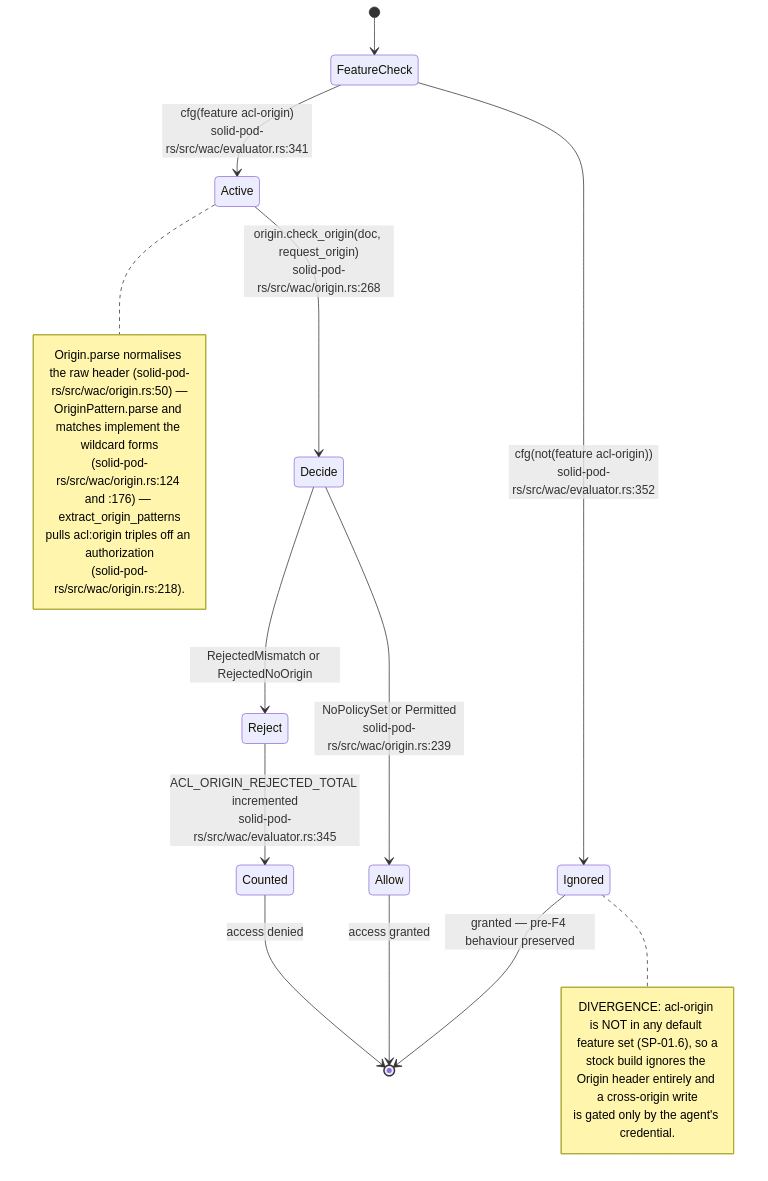
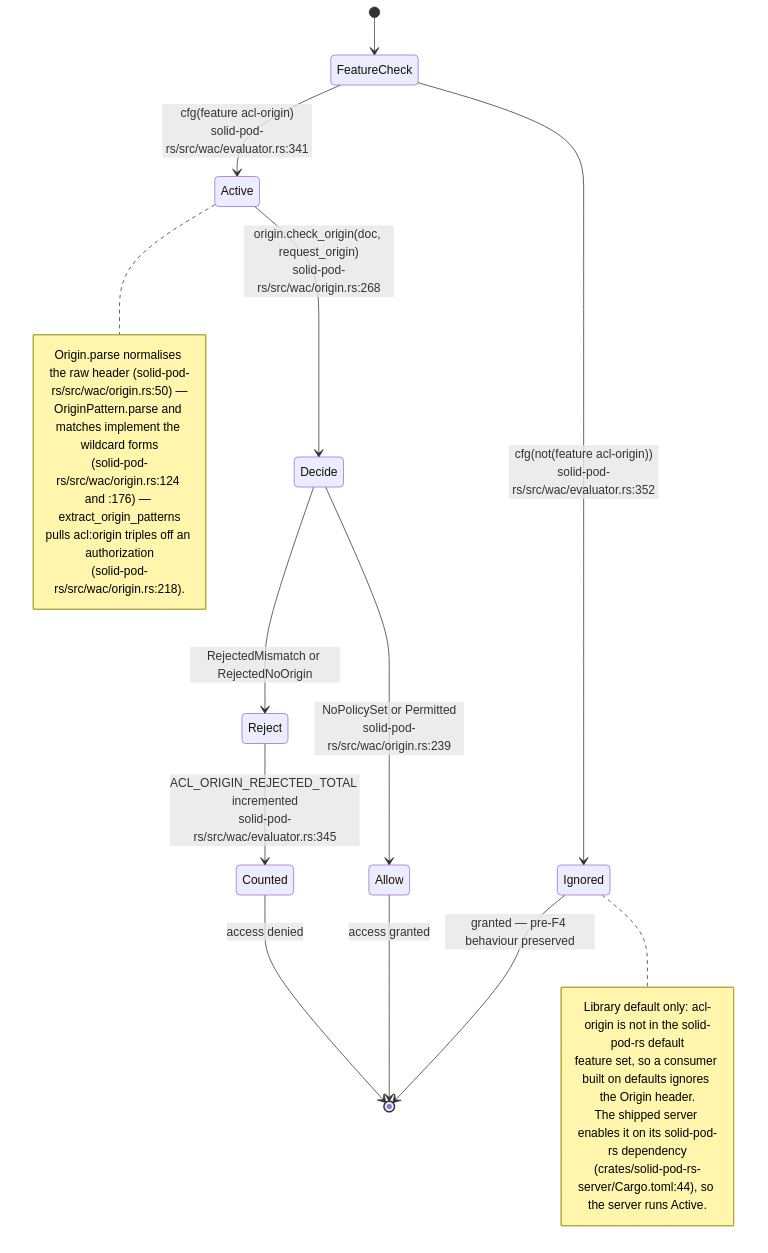
Before and after one commit to DreamLab-AI/VisionFlow: the eighth of 13 diagrams in docs/diagrams/solid-pod-rs/04-wac-authorisation.md, drawn with Mermaid. The commit also changed other lines of this file and 47 other files, not shown here.

````diff
--- a/docs/diagrams/solid-pod-rs/04-wac-authorisation.md
+++ b/docs/diagrams/solid-pod-rs/04-wac-authorisation.md
@@ -263,27 +281,28 @@
 ```mermaid
 stateDiagram-v2
     [*] --> FeatureCheck
     FeatureCheck --> Ignored: cfg(not(feature acl-origin))<br/>solid-pod-rs/src/wac/evaluator.rs:352
     FeatureCheck --> Active: cfg(feature acl-origin)<br/>solid-pod-rs/src/wac/evaluator.rs:341
 
     Active --> Decide: origin.check_origin(doc, request_origin)<br/>solid-pod-rs/src/wac/origin.rs:268
     Decide --> Allow: NoPolicySet or Permitted<br/>solid-pod-rs/src/wac/origin.rs:239
     Decide --> Reject: RejectedMismatch or RejectedNoOrigin
     Reject --> Counted: ACL_ORIGIN_REJECTED_TOTAL incremented<br/>solid-pod-rs/src/wac/evaluator.rs:345
     Counted --> [*]: access denied
     Allow --> [*]: access granted
     Ignored --> [*]: granted — pre-F4 behaviour preserved
 
     note right of Active
       Origin.parse normalises the raw header (solid-pod-rs/src/wac/origin.rs:50) —
       OriginPattern.parse and matches implement the wildcard forms
       (solid-pod-rs/src/wac/origin.rs:124 and :176) — extract_origin_patterns
       pulls acl:origin triples off an authorization
       (solid-pod-rs/src/wac/origin.rs:218).
     end note
     note right of Ignored
-      DIVERGENCE: acl-origin is NOT in any default feature set (SP-01.6), so a
-      stock build ignores the Origin header entirely and a cross-origin write
-      is gated only by the agent's credential.
+      Library default only: acl-origin is not in the solid-pod-rs default
+      feature set, so a consumer built on defaults ignores the Origin header.
+      The shipped server enables it on its solid-pod-rs dependency
+      (crates/solid-pod-rs-server/Cargo.toml:44), so the server runs Active.
     end note
 ```
````
